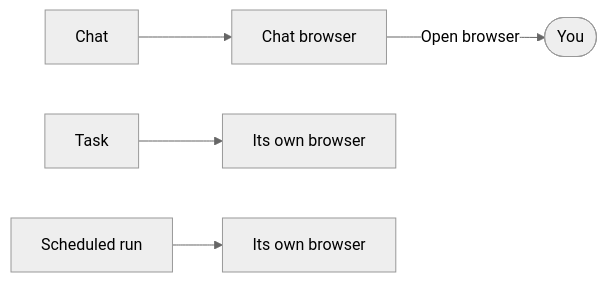
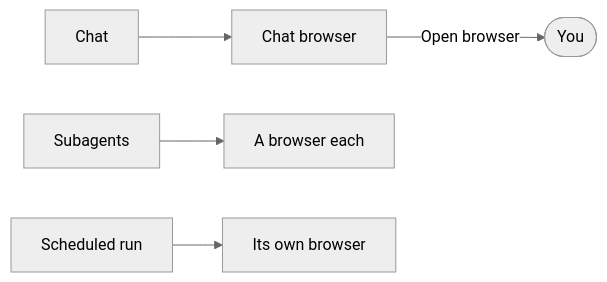
Before and after one commit to n8n-io/nod: the diagram in docs/src/content/docs/use/browser.mdx, drawn with Mermaid (neutral theme). The commit also changed other lines of this file and 14 other files, not shown here.

````diff
--- a/docs/src/content/docs/use/browser.mdx
+++ b/docs/src/content/docs/use/browser.mdx
@@ -53,7 +53,7 @@
 ```mermaid
 flowchart LR
   chat[Chat]:::accent --> b1[Chat browser]
-  t1[Task] --> b2[Its own browser]
-  t2[Scheduled run] --> b3[Its own browser]
+  sub[Subagents] --> b2[A browser each]
+  run[Scheduled run] --> b3[Its own browser]
   b1 -- Open browser --> you([You]):::accent
 ```
````
